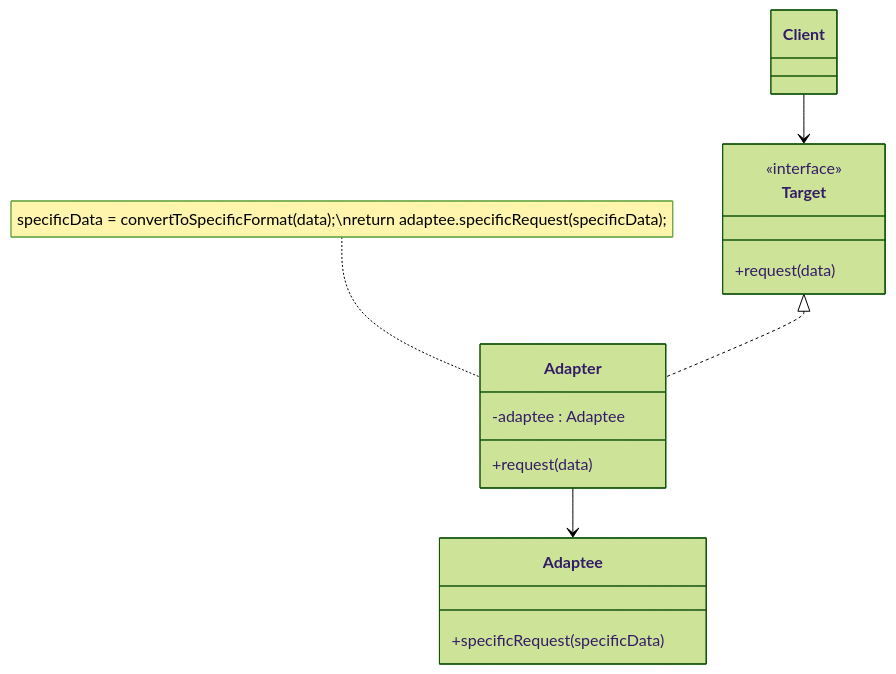
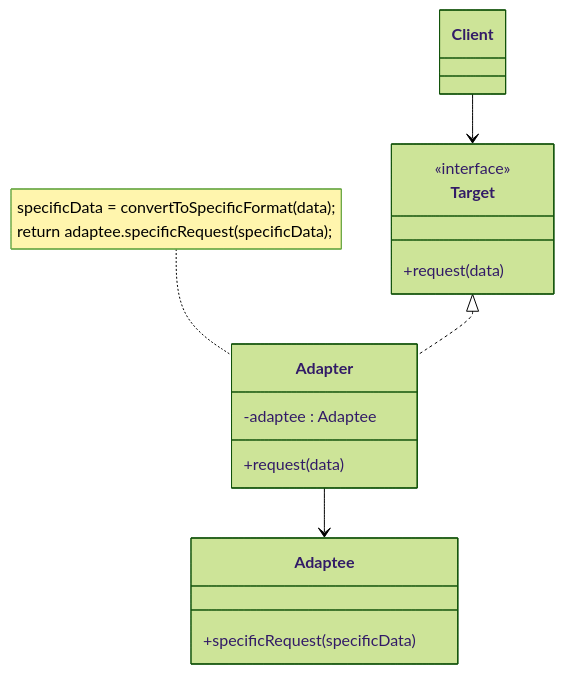
One commit to choesimin/choesimin.github.io changed the third of 5 diagrams in collections/_skills/design-pattern/adapter-pattern.md. Above: the diagram before and after it, drawn with Mermaid (forest theme). The commit also changed other lines of this file and 9 other files, not shown here.

````diff
--- a/collections/_skills/design-pattern/adapter-pattern.md
+++ b/collections/_skills/design-pattern/adapter-pattern.md
@@ -126,25 +126,25 @@
 ```mermaid
 classDiagram
 
 class Client
 
 class Target {
     <<interface>>
     +request(data)
 }
 
 class Adapter {
     -adaptee : Adaptee
     +request(data)
 }
 
 class Adaptee {
     +specificRequest(specificData)
 }
 
 Client --> Target
 Target <|.. Adapter
 Adapter --> Adaptee
 
-note for Adapter "specificData = convertToSpecificFormat(data);\nreturn adaptee.specificRequest(specificData);"
+note for Adapter "specificData = convertToSpecificFormat(data);<br>return adaptee.specificRequest(specificData);"
 ```
````
